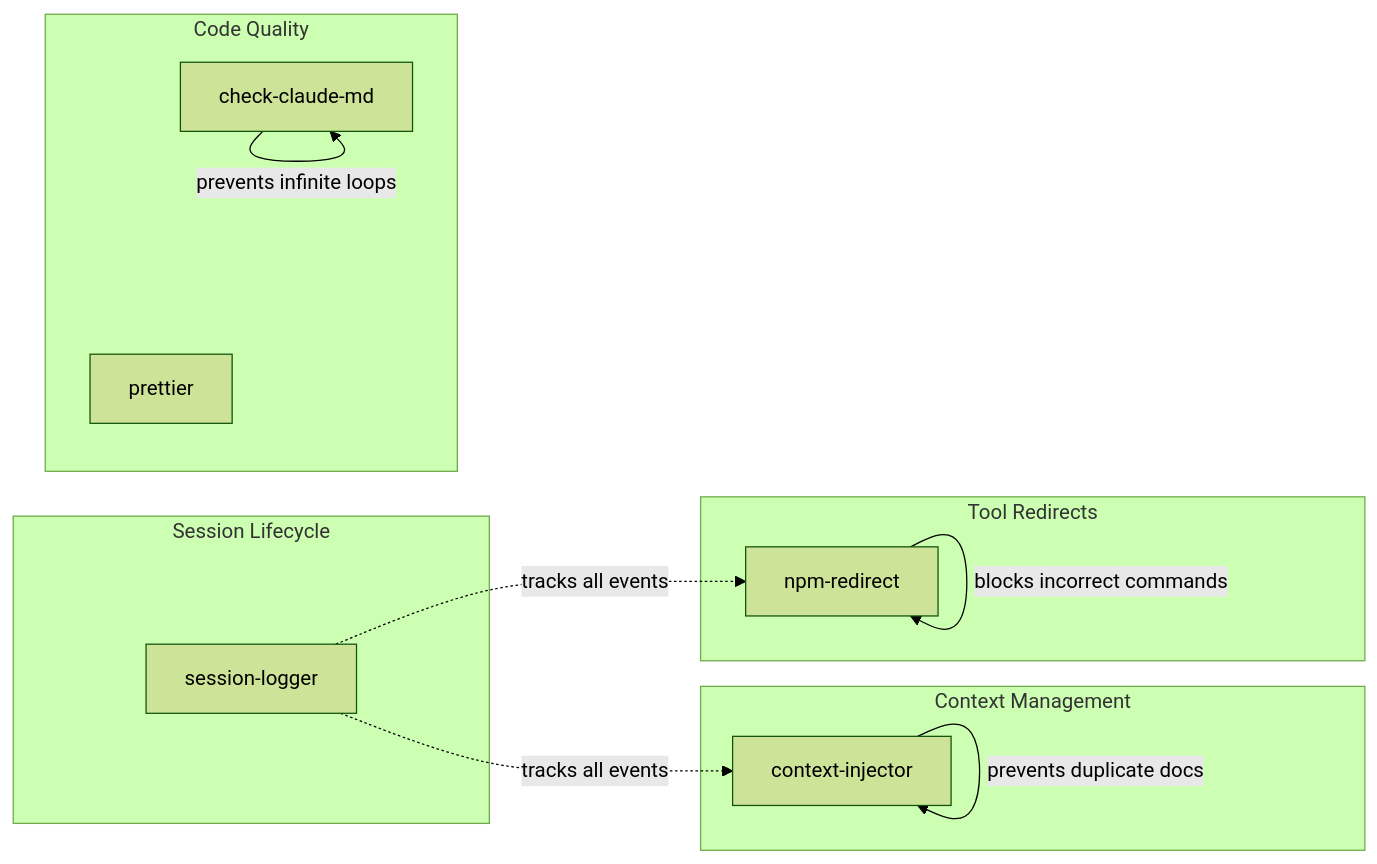
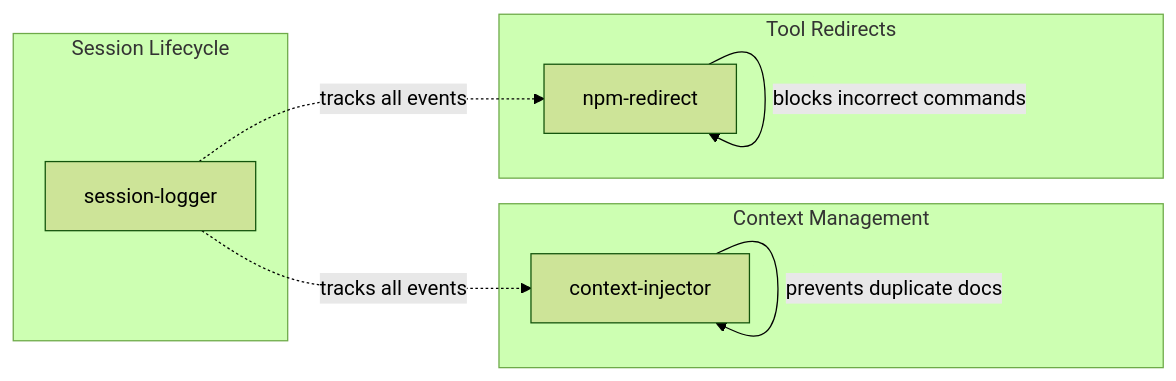
Before and after one commit to codethread/PersonalConfigs: the third of 3 diagrams in claude/README.md, drawn with Mermaid (forest theme). The commit also changed other lines of this file and 11 other files, not shown here.

````diff
--- a/claude/README.md
+++ b/claude/README.md
@@ -71,25 +83,19 @@
 ```mermaid
 graph LR
     subgraph "Session Lifecycle"
         session-logger
     end
 
     subgraph "Context Management"
         context-injector
     end
 
     subgraph "Tool Redirects"
         npm-redirect
     end
 
-    subgraph "Code Quality"
-        prettier
-        check-claude-md
-    end
-
     session-logger -.->|tracks all events| context-injector
     session-logger -.->|tracks all events| npm-redirect
     context-injector -->|prevents duplicate docs| context-injector
     npm-redirect -->|blocks incorrect commands| npm-redirect
-    check-claude-md -->|prevents infinite loops| check-claude-md
 ```
````
